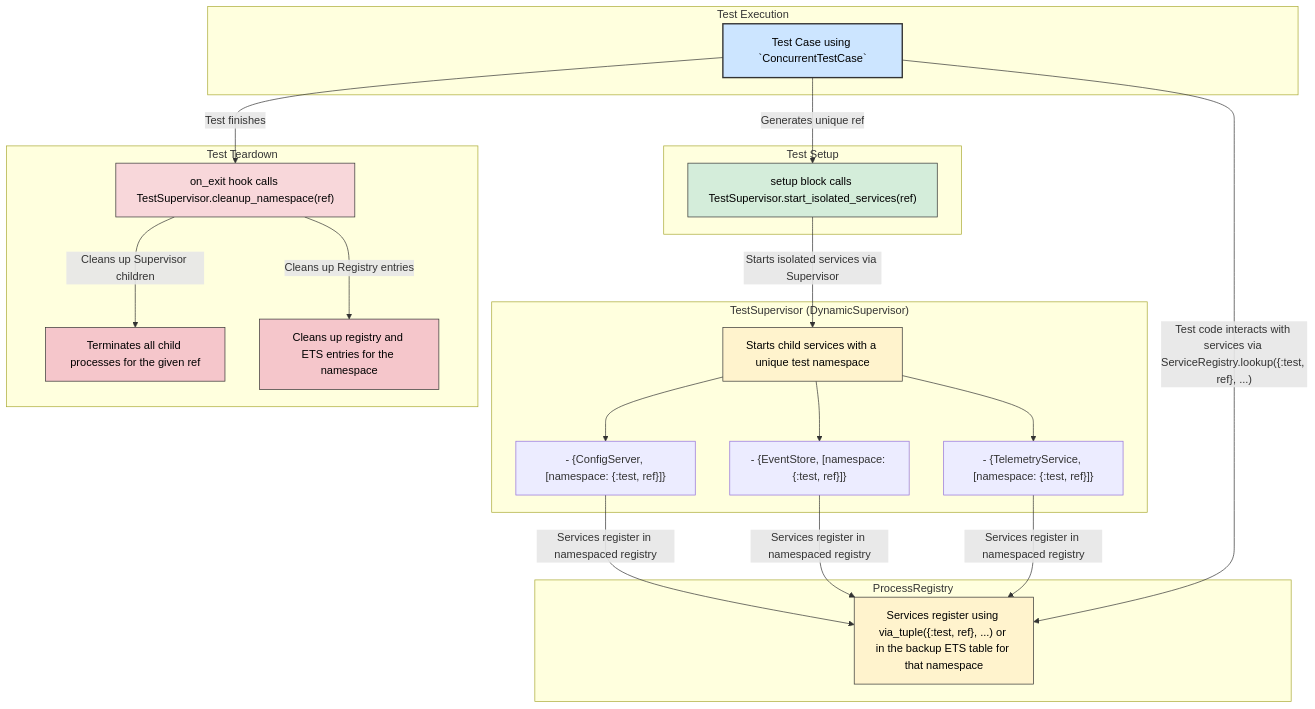
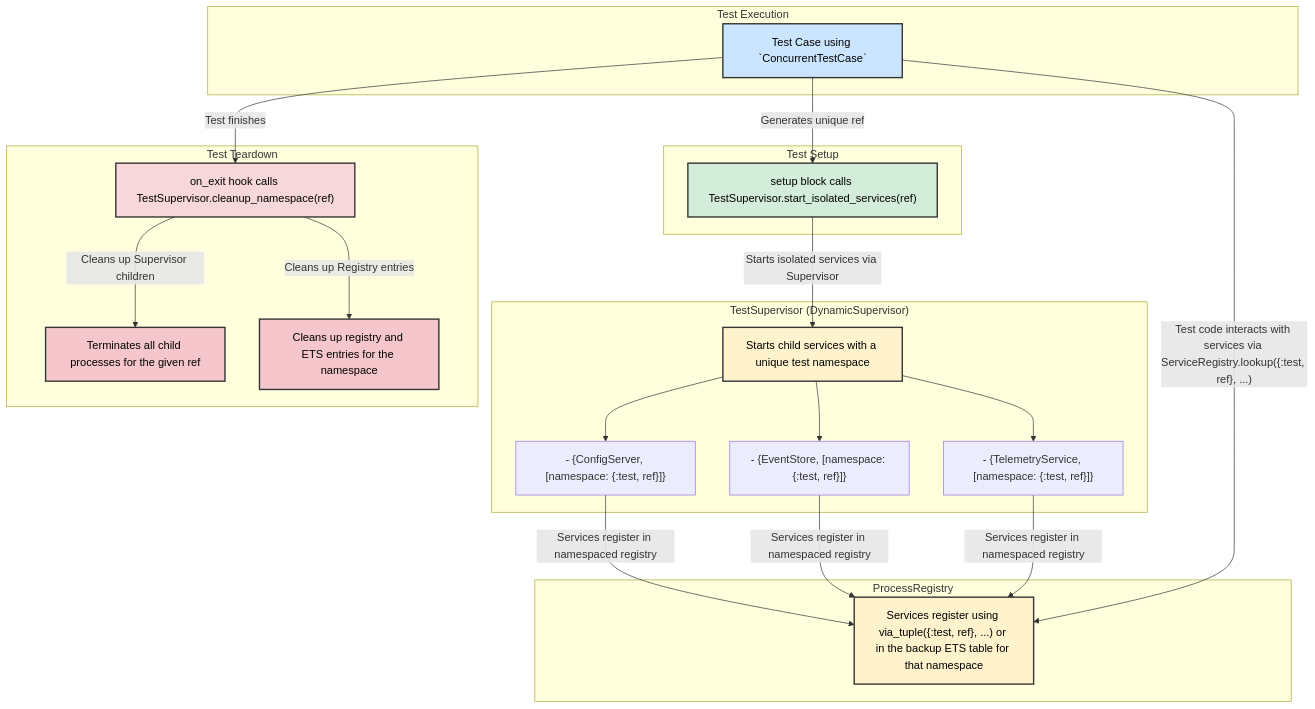
One commit to nshkrdotcom/foundation changed the seventh of 11 diagrams in docs/ARCH_DIAGS.md. Above: the diagram before and after it, drawn with Mermaid. The commit also changed other lines of this file, not shown here.

````diff
--- a/docs/ARCH_DIAGS.md
+++ b/docs/ARCH_DIAGS.md
@@ -311,44 +311,44 @@
 ```mermaid
 graph TD
     subgraph "Test Execution"
         A["Test Case using `ConcurrentTestCase`"]
     end
 
     subgraph "Test Setup"
         B["setup block calls TestSupervisor.start_isolated_services(ref)"]
     end
 
     subgraph "TestSupervisor&nbsp;(DynamicSupervisor)"
         C["Starts child services with a unique test namespace"]
         D["- {ConfigServer, [namespace: {:test, ref}]}"]
         E["- {EventStore, [namespace: {:test, ref}]}"]
         F["- {TelemetryService, [namespace: {:test, ref}]}"]
     end
 
     subgraph "ProcessRegistry"
         G["Services register using via_tuple({:test, ref}, ...) or in the backup ETS table for that namespace"]
     end
 
     subgraph "Test Teardown"
         H["on_exit hook calls TestSupervisor.cleanup_namespace(ref)"]
         I["Terminates all child processes for the given ref"]
         J["Cleans up registry and ETS entries for the namespace"]
     end
 
     A -- "Generates unique ref" --> B
     B -- "Starts isolated services via Supervisor" --> C
     C --> D & E & F
     D & E & F -- "Services register in namespaced registry" --> G
     A -- "Test code interacts with services via ServiceRegistry.lookup({:test, ref}, ...)" --> G
     A -- "Test finishes" --> H
     H -- "Cleans up Supervisor children" --> I
     H -- "Cleans up Registry entries" --> J
 
-    style A fill:#cce5ff,stroke:#333,stroke-width:2px,color:#000
-    style B fill:#d4edda,stroke:#333,stroke-width:1px,color:#000
-    style H fill:#f8d7da,stroke:#333,stroke-width:1px,color:#000
-    style C fill:#fff3cd,stroke:#333,stroke-width:1px,color:#000
-    style G fill:#fff3cd,stroke:#333,stroke-width:1px,color:#000
-    style I fill:#f5c6cb,stroke:#333,stroke-width:1px,color:#000
-    style J fill:#f5c6cb,stroke:#333,stroke-width:1px,color:#000
+    style A fill:#cce5ff,stroke:#333,stroke-width:2,color:#000
+    style B fill:#d4edda,stroke:#333,stroke-width:2,color:#000
+    style H fill:#f8d7da,stroke:#333,stroke-width:2,color:#000
+    style C fill:#fff3cd,stroke:#333,stroke-width:2,color:#000
+    style G fill:#fff3cd,stroke:#333,stroke-width:2,color:#000
+    style I fill:#f5c6cb,stroke:#333,stroke-width:2,color:#000
+    style J fill:#f5c6cb,stroke:#333,stroke-width:2,color:#000
 ```
````
